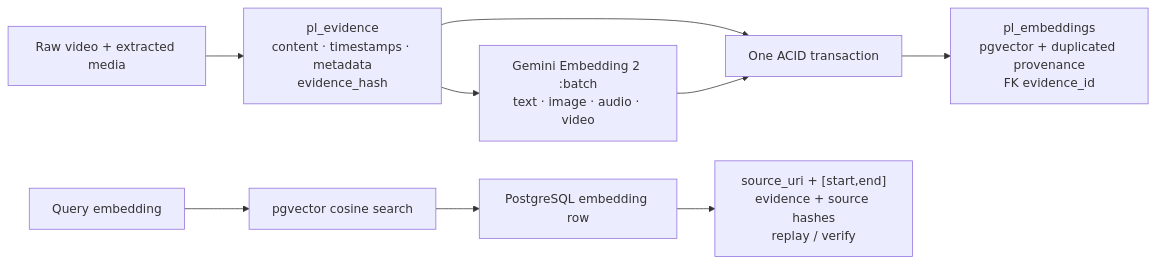
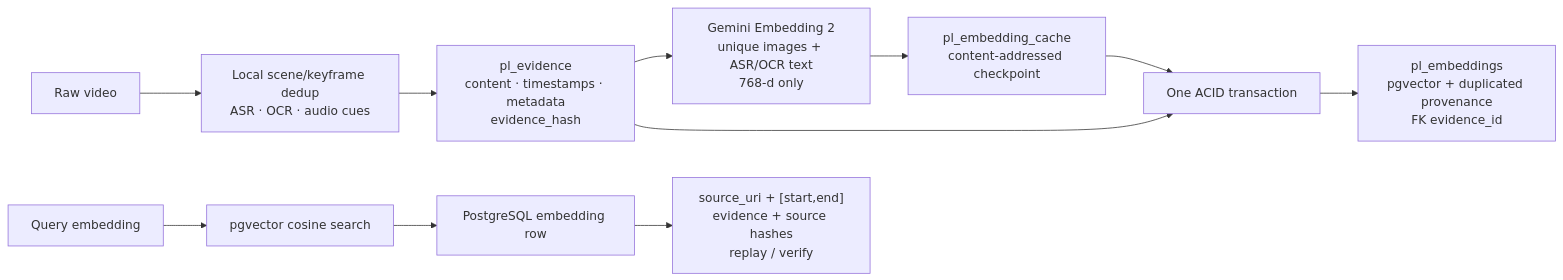
Before and after one commit to giaphoang/PatrolLens: the second of 2 diagrams in README.md, drawn with Mermaid. The commit also changed other lines of this file and 24 other files, not shown here.

````diff
--- a/README.md
+++ b/README.md
@@ -153,11 +168,13 @@
 ```mermaid
 flowchart LR
-    RAW["Raw video + extracted media"] --> E["pl_evidence\ncontent · timestamps · metadata\nevidence_hash"]
-    E --> GE["Gemini Embedding 2 :batch\ntext · image · audio · video"]
+    RAW["Raw video"] --> LOCAL["Local scene/keyframe dedup\nASR · OCR · audio cues"]
+    LOCAL --> E["pl_evidence\ncontent · timestamps · metadata\nevidence_hash"]
+    E --> GE["Gemini Embedding 2\nunique images + ASR/OCR text\n768-d only"]
+    GE --> CACHE["pl_embedding_cache\ncontent-addressed checkpoint"]
     E --> TX["One ACID transaction"]
-    GE --> TX
+    CACHE --> TX
     TX --> V["pl_embeddings\npgvector + duplicated provenance\nFK evidence_id"]
     Q["Query embedding"] --> PG["pgvector cosine search"]
     PG --> ROW["PostgreSQL embedding row"]
     ROW --> REPLAY["source_uri + [start,end]\nevidence + source hashes\nreplay / verify"]
 ```
````
